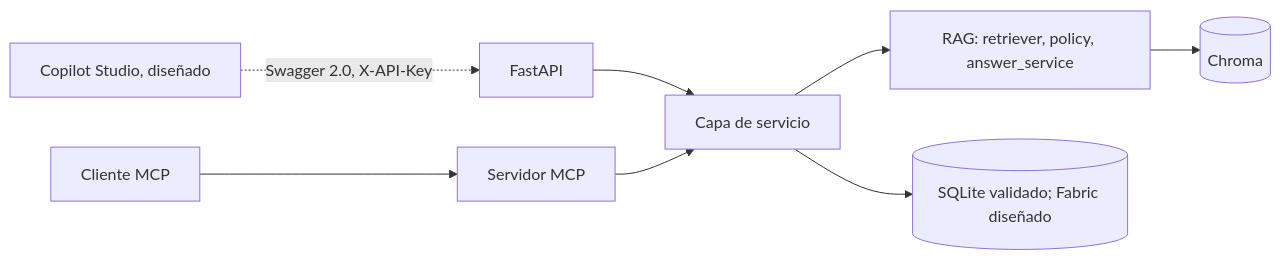
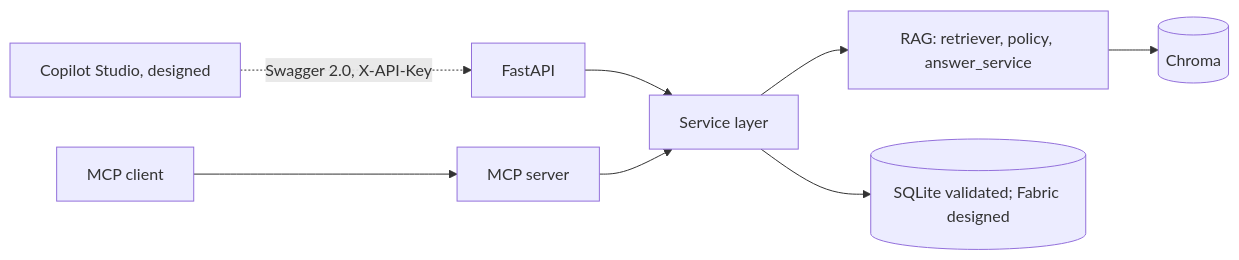
One commit to LuisFernandoAparicio21/deskpilot-ai changed the first of 2 diagrams in README.md. Above: the diagram before and after it, drawn with Mermaid. The commit also changed other lines of this file and 5 other files, not shown here.

````diff
--- a/README.md
+++ b/README.md
@@ -205,10 +194,10 @@
 ```mermaid
 flowchart LR
-    CS[Copilot Studio, diseñado] -.->|Swagger 2.0, X-API-Key| API[FastAPI]
-    MCPC[Cliente MCP] --> MCP[Servidor MCP]
-    API --> SVC[Capa de servicio]
+    CS[Copilot Studio, designed] -.->|Swagger 2.0, X-API-Key| API[FastAPI]
+    MCPC[MCP client] --> MCP[MCP server]
+    API --> SVC[Service layer]
     MCP --> SVC
     SVC --> RAG[RAG: retriever, policy, answer_service]
-    SVC --> REPO[(SQLite validado; Fabric diseñado)]
+    SVC --> REPO[(SQLite validated; Fabric designed)]
     RAG --> VDB[(Chroma)]
 ```
````
